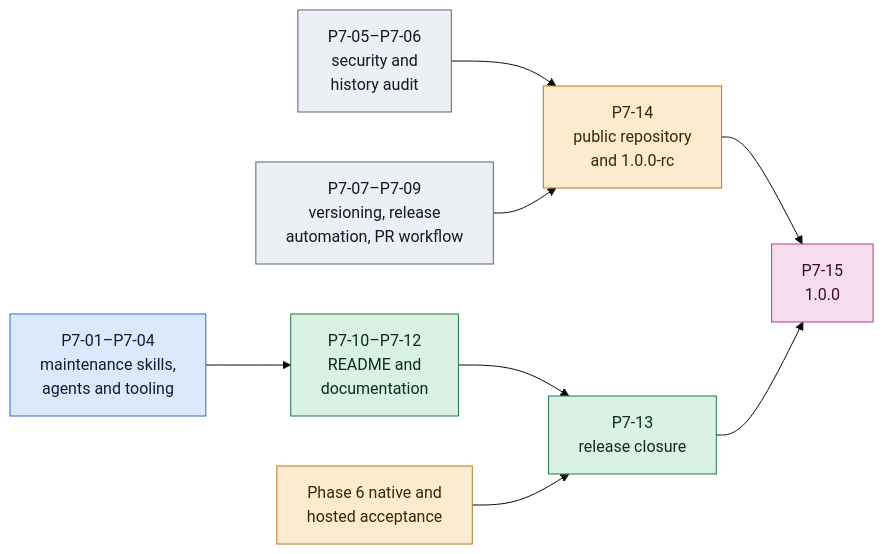
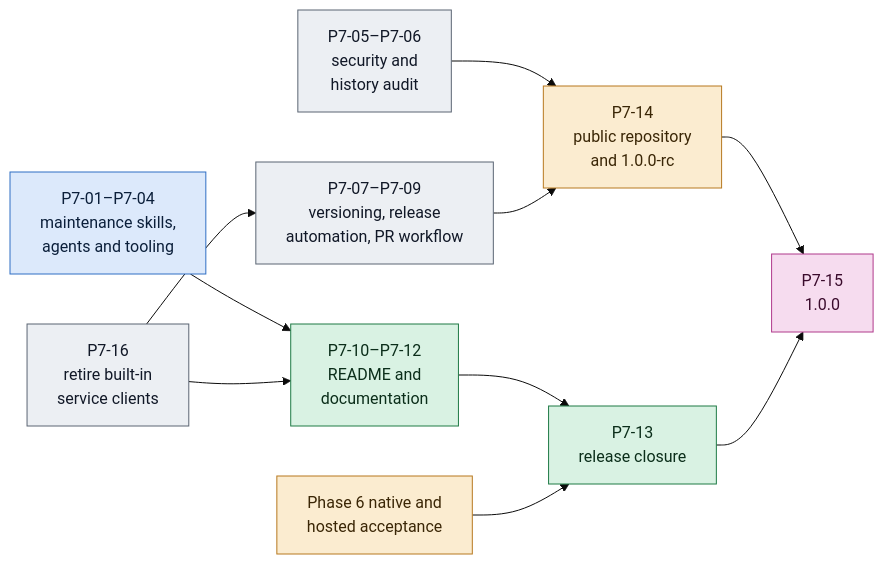
One commit to dreamingechoes/wholeloop changed the diagram in roadmap/phase-7-release-readiness.md. Above: the diagram before and after it, drawn with Mermaid (base theme). The commit also changed other lines of this file and 3 other files, not shown here.

First line of the commit message:
docs(roadmap): plan the retirement of built-in service clients

````diff
--- a/roadmap/phase-7-release-readiness.md
+++ b/roadmap/phase-7-release-readiness.md
@@ -24,15 +25,17 @@
 ```mermaid
 flowchart LR
   A["P7-01–P7-04<br/>maintenance skills,<br/>agents and tooling"]:::build --> D
   B["P7-05–P7-06<br/>security and<br/>history audit"]:::core --> P
+  R["P7-16<br/>retire built-in<br/>service clients"]:::core --> C
+  R --> D
   C["P7-07–P7-09<br/>versioning, release<br/>automation, PR workflow"]:::core --> P
   D["P7-10–P7-12<br/>README and<br/>documentation"]:::define --> E
   N["Phase 6 native and<br/>hosted acceptance"]:::rollout --> E["P7-13<br/>release closure"]:::define
   P["P7-14<br/>public repository<br/>and 1.0.0-rc"]:::rollout --> F["P7-15<br/>1.0.0"]:::learn
   E --> F
   classDef core fill:#eceff3,stroke:#5b6573,color:#111827;
   classDef define fill:#d9f2e3,stroke:#1f7a45,color:#0b2e1a;
   classDef build fill:#dce9fb,stroke:#2f6fc4,color:#0b1f3a;
   classDef rollout fill:#fbecd0,stroke:#b7791f,color:#3a2606;
   classDef learn fill:#f6dcef,stroke:#b03a8c,color:#3a0b2c;
 ```
````
